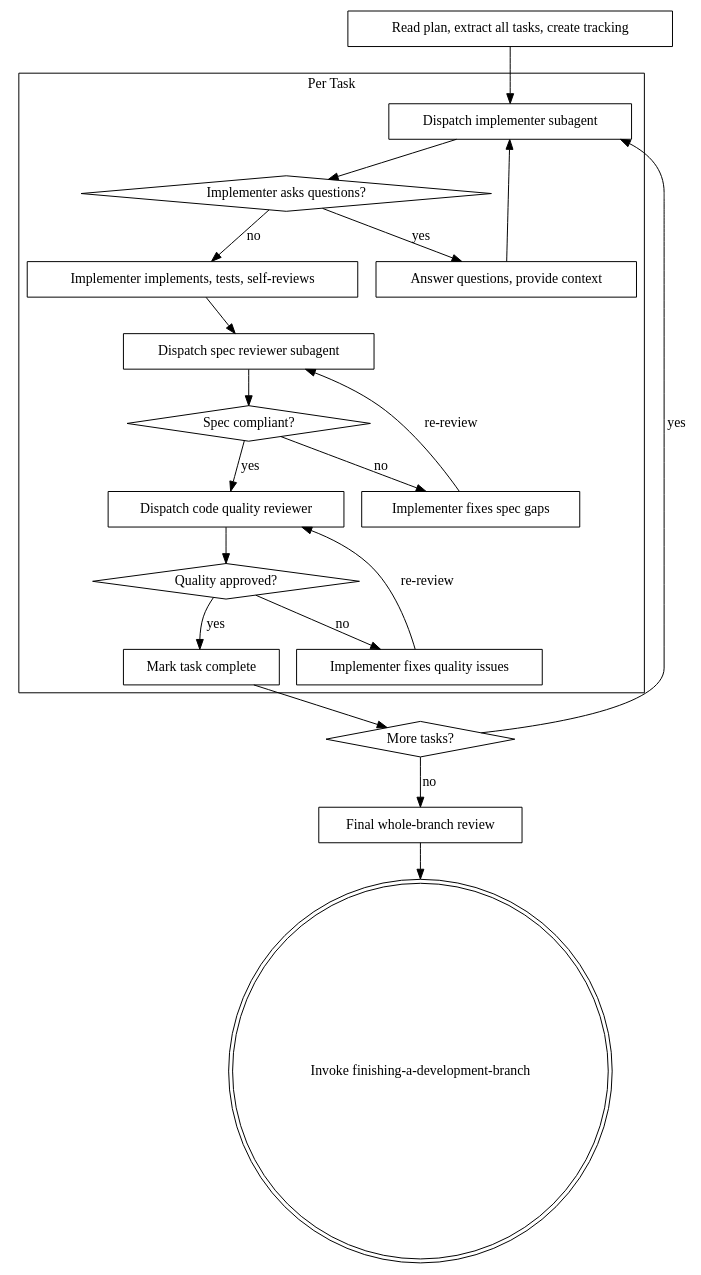
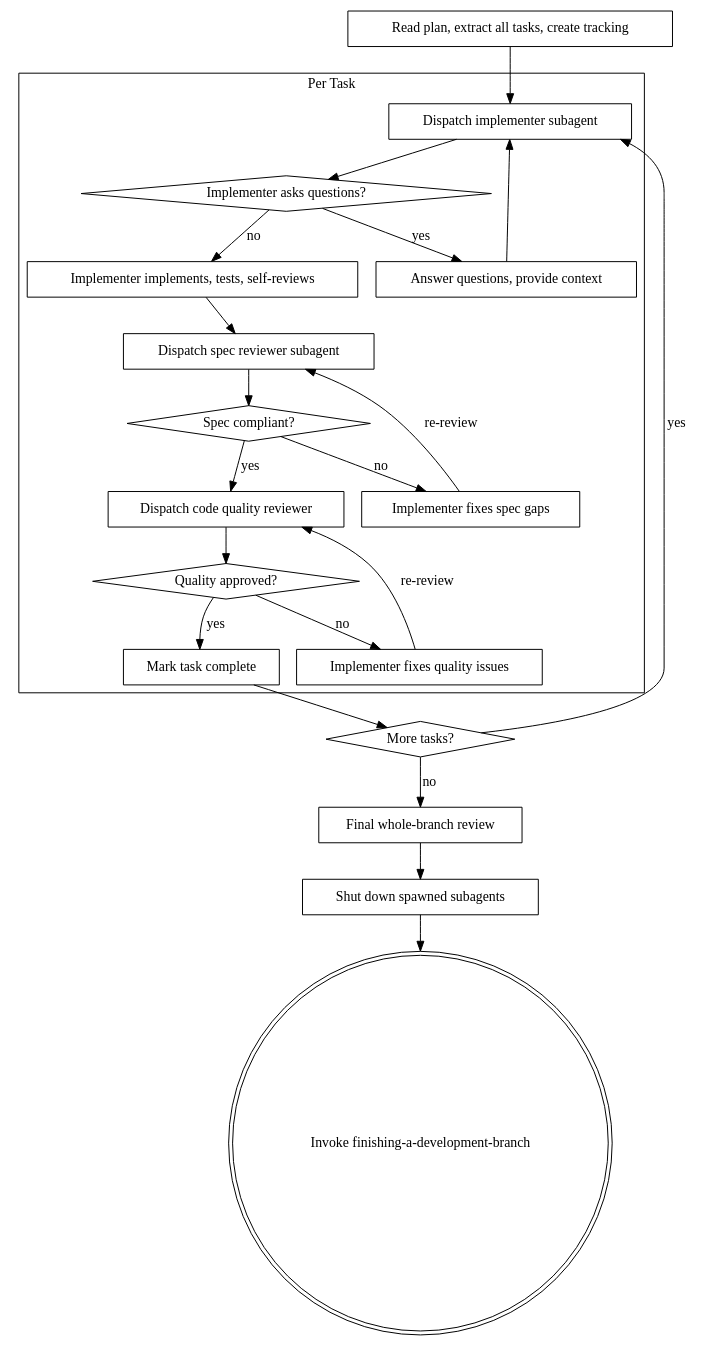
Before and after one commit to brunob54/superpowers-optimized: the diagram in skills/subagent-driven-development/SKILL.md, drawn with Graphviz. The commit also changed other lines of this file, not shown here.

First line of the commit message:
Add subagent shutdown step to SDD completion and batch-end flows

````diff
--- a/skills/subagent-driven-development/SKILL.md
+++ b/skills/subagent-driven-development/SKILL.md
@@ -24,44 +24,46 @@
 ```dot
 digraph sdd_process {
     rankdir=TB;
 
     subgraph cluster_per_task {
         label="Per Task";
         "Dispatch implementer subagent" [shape=box];
         "Implementer asks questions?" [shape=diamond];
         "Answer questions, provide context" [shape=box];
         "Implementer implements, tests, self-reviews" [shape=box];
         "Dispatch spec reviewer subagent" [shape=box];
         "Spec compliant?" [shape=diamond];
         "Implementer fixes spec gaps" [shape=box];
         "Dispatch code quality reviewer" [shape=box];
         "Quality approved?" [shape=diamond];
         "Implementer fixes quality issues" [shape=box];
         "Mark task complete" [shape=box];
     }
 
     "Read plan, extract all tasks, create tracking" [shape=box];
     "More tasks?" [shape=diamond];
     "Final whole-branch review" [shape=box];
+    "Shut down spawned subagents" [shape=box];
     "Invoke finishing-a-development-branch" [shape=doublecircle];
 
     "Read plan, extract all tasks, create tracking" -> "Dispatch implementer subagent";
     "Dispatch implementer subagent" -> "Implementer asks questions?";
     "Implementer asks questions?" -> "Answer questions, provide context" [label="yes"];
     "Answer questions, provide context" -> "Dispatch implementer subagent";
     "Implementer asks questions?" -> "Implementer implements, tests, self-reviews" [label="no"];
     "Implementer implements, tests, self-reviews" -> "Dispatch spec reviewer subagent";
     "Dispatch spec reviewer subagent" -> "Spec compliant?";
     "Spec compliant?" -> "Implementer fixes spec gaps" [label="no"];
     "Implementer fixes spec gaps" -> "Dispatch spec reviewer subagent" [label="re-review"];
     "Spec compliant?" -> "Dispatch code quality reviewer" [label="yes"];
     "Dispatch code quality reviewer" -> "Quality approved?";
     "Quality approved?" -> "Implementer fixes quality issues" [label="no"];
     "Implementer fixes quality issues" -> "Dispatch code quality reviewer" [label="re-review"];
     "Quality approved?" -> "Mark task complete" [label="yes"];
     "Mark task complete" -> "More tasks?";
     "More tasks?" -> "Dispatch implementer subagent" [label="yes"];
     "More tasks?" -> "Final whole-branch review" [label="no"];
-    "Final whole-branch review" -> "Invoke finishing-a-development-branch";
+    "Final whole-branch review" -> "Shut down spawned subagents";
+    "Shut down spawned subagents" -> "Invoke finishing-a-development-branch";
 }
 ```
````
